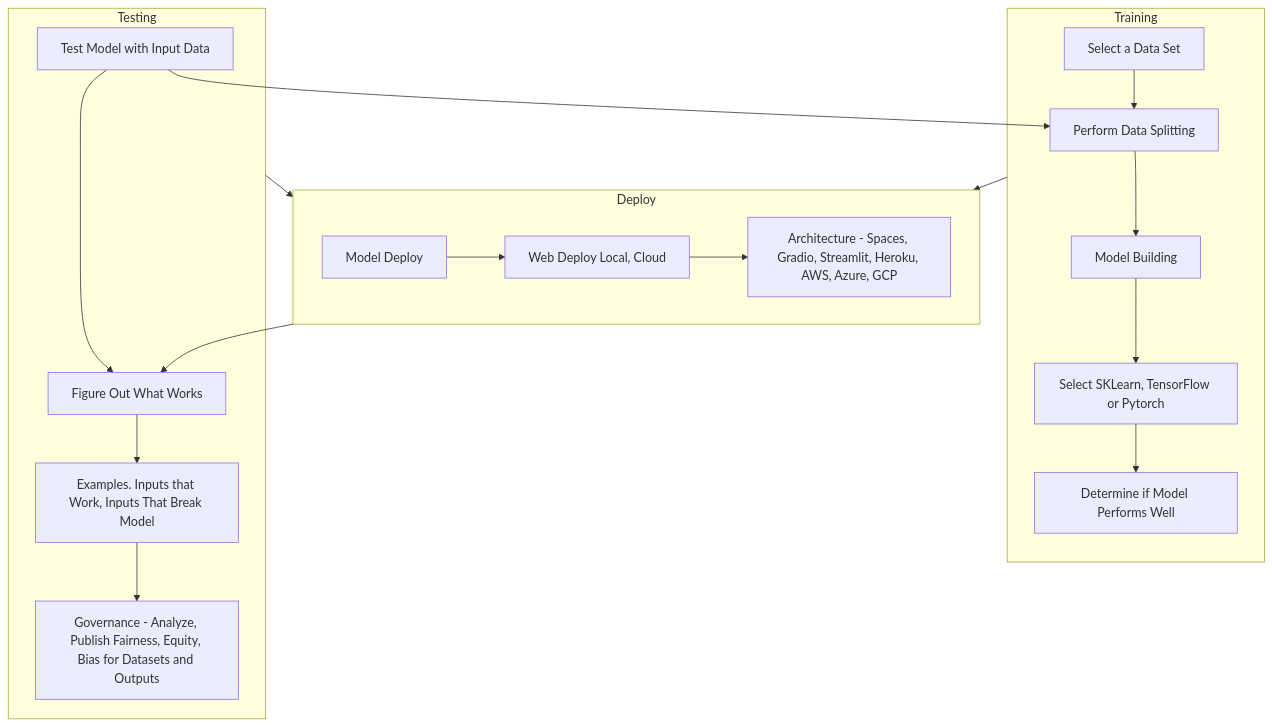
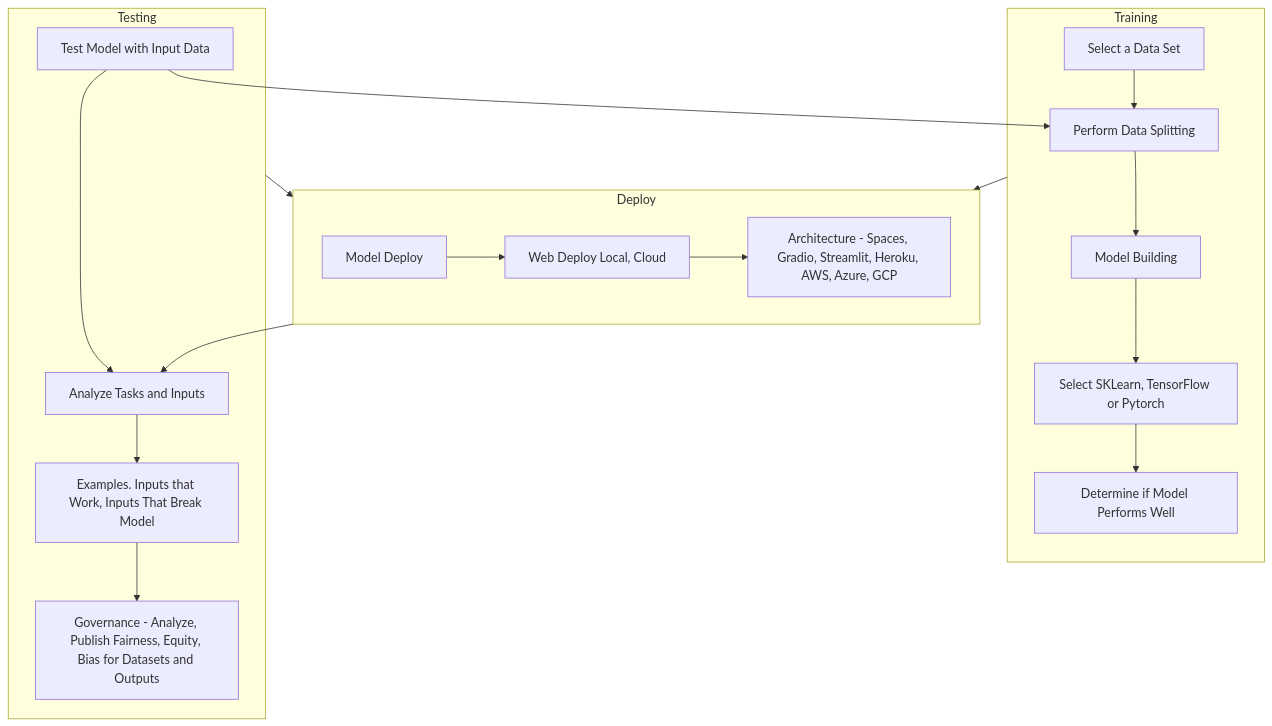
Before and after one commit to AaronCWacker/Yggdrasil: the first of 3 diagrams in README.md, drawn with Mermaid.

````diff
--- a/README.md
+++ b/README.md
@@ -6,22 +6,22 @@
 ```mermaid
 flowchart TB
     c1-->a2
     subgraph one[Training]
     a1[Select a Data Set]-->a2[Perform Data Splitting]
     a2-->a3[Model Building]
     a3-->a4[Select SKLearn, TensorFlow or Pytorch]
     a4-->a5[Determine if Model Performs Well]
     end
     subgraph two[Deploy]
     b1[Model Deploy]-->b2[Web Deploy Local, Cloud]
     b2-->b3[Architecture - Spaces, Gradio, Streamlit, Heroku, AWS, Azure, GCP]
     end
     subgraph three[Testing]
-    c1[Test Model with Input Data]-->c2[Figure Out What Works]
+    c1[Test Model with Input Data]-->c2[Analyze Tasks and Inputs]
     c2-->c3[Examples. Inputs that Work, Inputs That Break Model]
     c3-->c4[Governance - Analyze, Publish Fairness, Equity, Bias for Datasets and Outputs]
     end
     one --> two
     three --> two
     two --> c2
 ```
````
